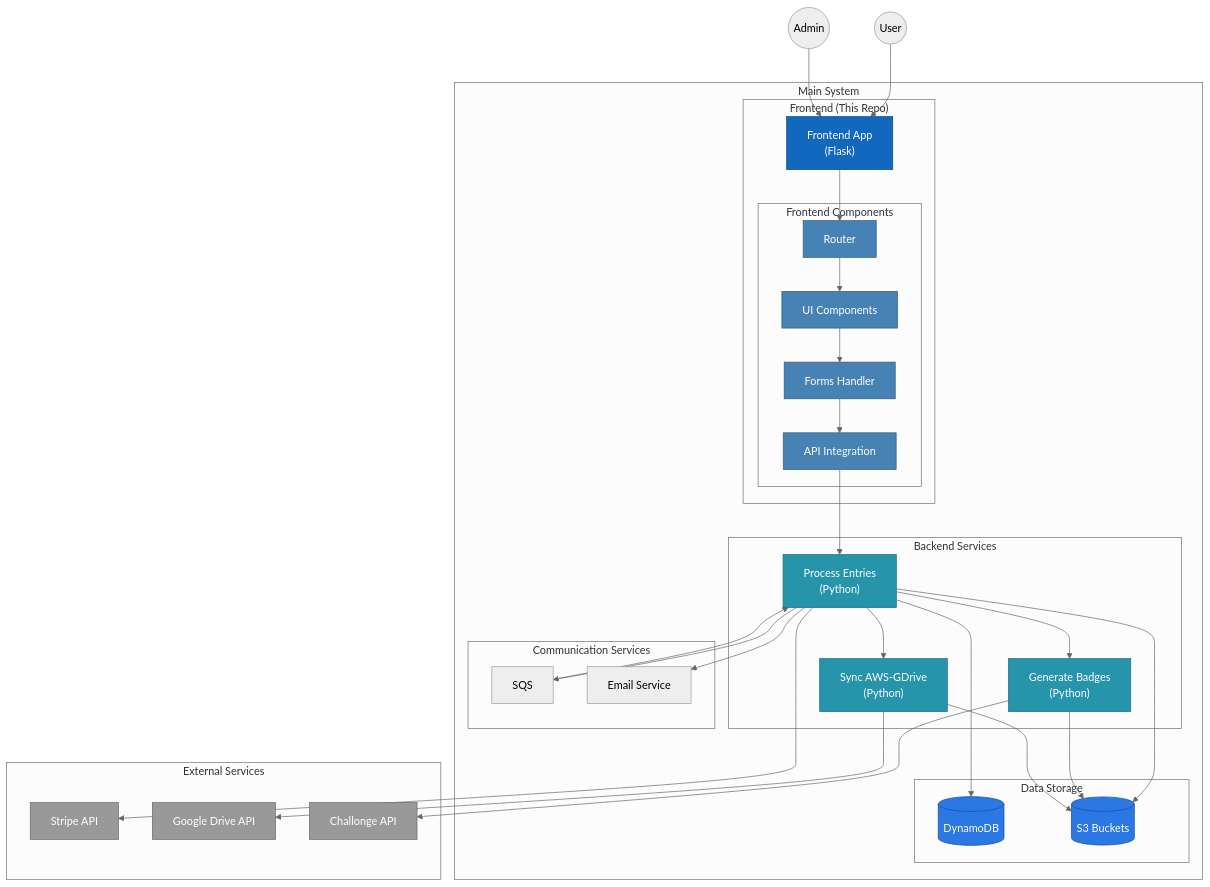
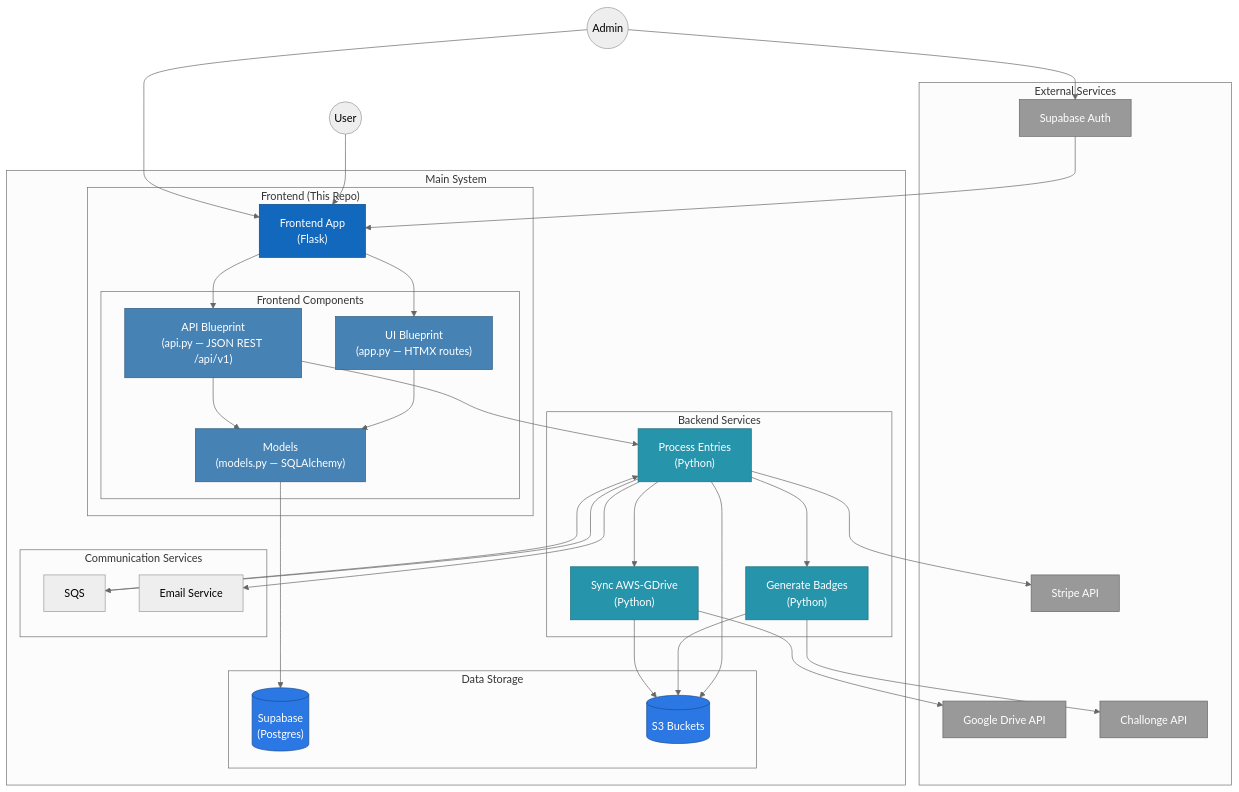
The diagram in README.md (audioboxer217/tkd_registration_frontend), drawn with Mermaid (neutral theme) before and after one commit. The commit also changed other lines of this file and 15 other files, not shown here.

First line of the commit message:
Refactor - Move to Postgres DB and JSON-based APIs (#40)

````diff
--- a/README.md
+++ b/README.md
@@ -6,77 +6,80 @@
 ```mermaid
 graph TB
     User((User))
     Admin((Admin))
 
     subgraph "Main System"
         subgraph "Frontend (This Repo)"
             FrontendApp["Frontend App<br/>(Flask)"]
-            
+
             subgraph "Frontend Components"
-                Router["Router"]
-                UIComponents["UI Components"]
-                Forms["Forms Handler"]
-                APIIntegration["API Integration"]
+                UIBlueprint["UI Blueprint<br/>(app.py — HTMX routes)"]
+                APIBlueprint["API Blueprint<br/>(api.py — JSON REST /api/v1)"]
+                Models["Models<br/>(models.py — SQLAlchemy)"]
             end
         end
-        
+
         subgraph "Backend Services"
             ProcessEntries["Process Entries<br/>(Python)"]
             GenerateBadges["Generate Badges<br/>(Python)"]
             SyncAWSGDrive["Sync AWS-GDrive<br/>(Python)"]
         end
-        
+
         subgraph "Data Storage"
-            DynamoDB[("DynamoDB")]
+            Supabase[("Supabase<br/>(Postgres)")]
             S3[("S3 Buckets")]
         end
-        
+
         subgraph "Communication Services"
             SQS["SQS"]
             EmailService["Email Service"]
         end
     end
-    
+
     subgraph "External Services"
         Stripe["Stripe API"]
         GoogleDrive["Google Drive API"]
         Challonge["Challonge API"]
+        SupabaseAuth["Supabase Auth"]
     end
-    
+
     User --> FrontendApp
     Admin --> FrontendApp
-    
-    FrontendApp --> Router
-    Router --> UIComponents
-    UIComponents --> Forms
-    Forms --> APIIntegration
-    
-    APIIntegration --> ProcessEntries
+
+    FrontendApp --> UIBlueprint
+    FrontendApp --> APIBlueprint
+    UIBlueprint --> Models
+    APIBlueprint --> Models
+    Models --> Supabase
+
+    APIBlueprint --> ProcessEntries
     ProcessEntries --> GenerateBadges
     ProcessEntries --> SyncAWSGDrive
-    
-    ProcessEntries --> DynamoDB
+
     ProcessEntries --> S3
     GenerateBadges --> S3
     SyncAWSGDrive --> S3
-    
+
     ProcessEntries --> SQS
     SQS --> ProcessEntries
     ProcessEntries --> EmailService
-    
+
+    Admin --> SupabaseAuth
+    SupabaseAuth --> FrontendApp
+
     ProcessEntries --> Stripe
     SyncAWSGDrive --> GoogleDrive
     GenerateBadges --> Challonge
-    
+
     classDef frontend fill:#1168bd,stroke:#0b4884,color:#ffffff
     classDef frontendComponent fill:#4682b4,stroke:#315b7e,color:#ffffff
     classDef backend fill:#2694ab,stroke:#1a6d7d,color:#ffffff
     classDef database fill:#2b78e4,stroke:#1a4d91,color:#ffffff
     classDef external fill:#999999,stroke:#666666,color:#ffffff
-    
+
     class FrontendApp frontend
-    class Router,UIComponents,Forms,APIIntegration frontendComponent
+    class UIBlueprint,APIBlueprint,Models frontendComponent
     class ProcessEntries,GenerateBadges,SyncAWSGDrive backend
-    class DynamoDB,S3 database
-    class Stripe,GoogleDrive,Challonge external
+    class Supabase,S3 database
+    class Stripe,GoogleDrive,Challonge,SupabaseAuth external
 ```
````
